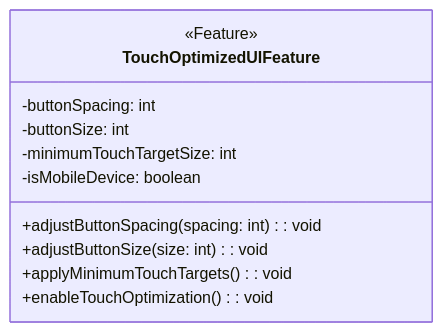
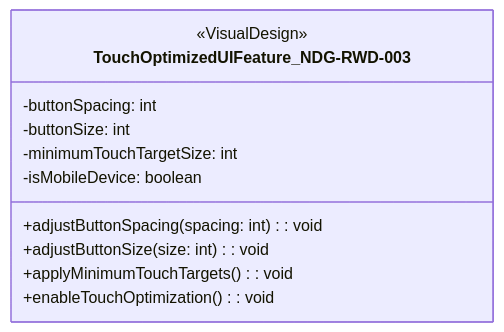
One commit to sun922/University-SoftwareDesign changed diagram 16 of 39 in 1. Requirement Analysis/Software Requirements Specification.md. Above: the diagram before and after it, drawn with Mermaid. The commit also changed other lines of this file, not shown here.

Commit message:
디자인, 품질, 제약 요구사항 클래스 다이어그램 추가

````diff
--- a/1. Requirement Analysis/Software Requirements Specification.md
+++ b/1. Requirement Analysis/Software Requirements Specification.md
@@ -449,15 +466,15 @@
 ```mermaid
 classDiagram
-    class TouchOptimizedUIFeature {
-        <<Feature>>
+    class TouchOptimizedUIFeature_NDG-RWD-003 {
+        <<VisualDesign>>
         -buttonSpacing: int
         -buttonSize: int
         -minimumTouchTargetSize: int
         -isMobileDevice: boolean
 
         +adjustButtonSpacing(spacing: int): void
         +adjustButtonSize(size: int): void
         +applyMinimumTouchTargets(): void
         +enableTouchOptimization(): void
     }
 ```
````
